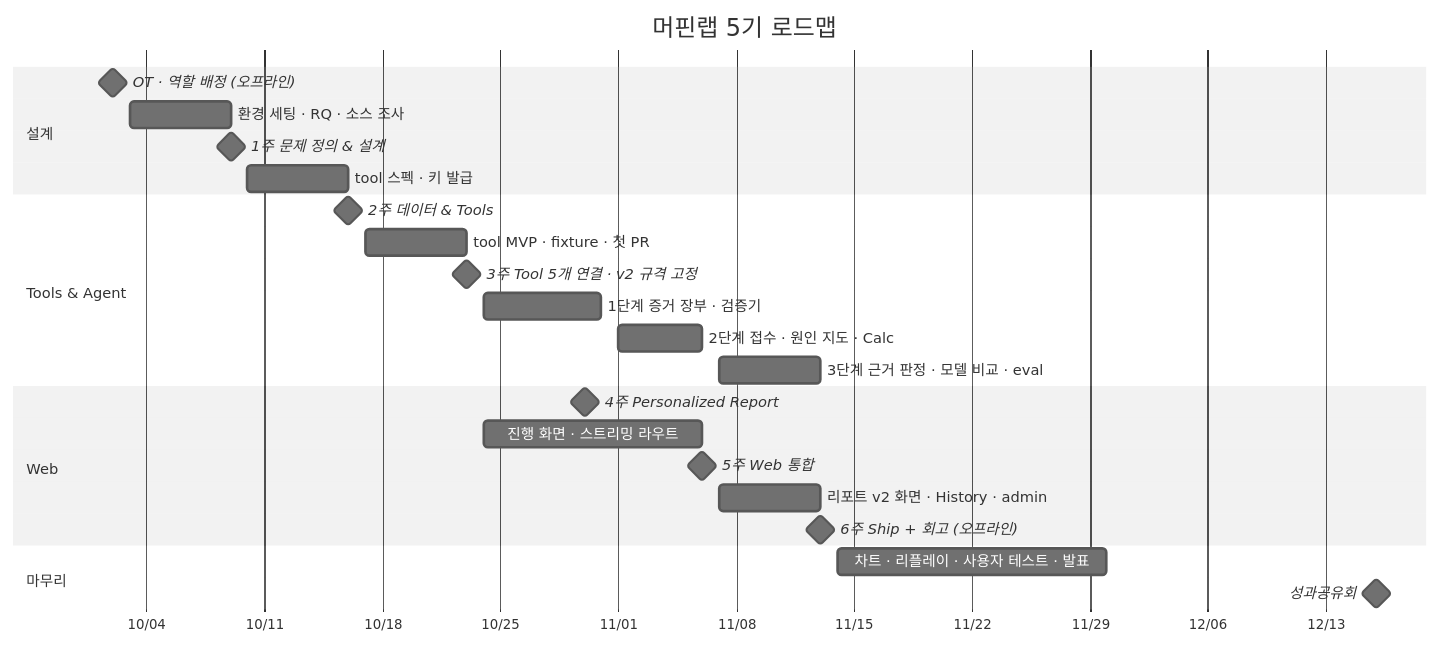
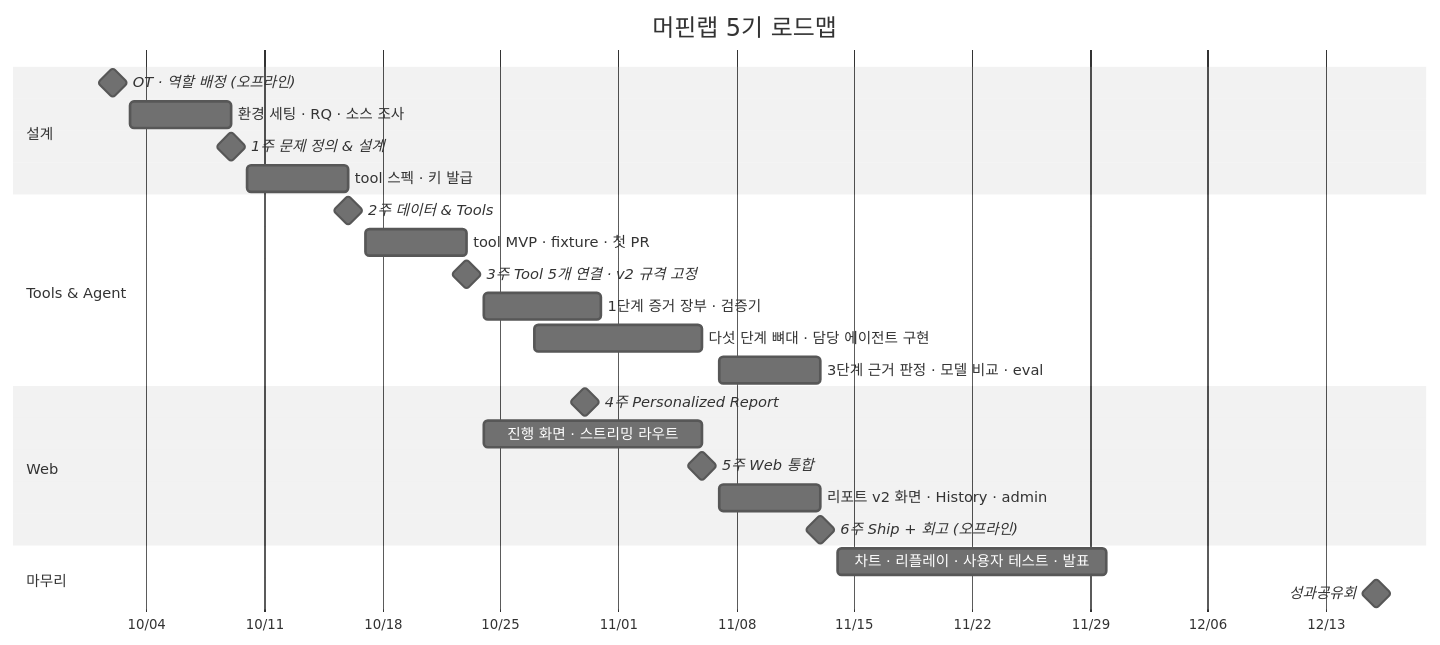
One commit to muffin-lab-it/muffin changed the third of 3 diagrams in README.md. Above: the diagram before and after it, drawn with Mermaid (neutral theme). The commit also changed other lines of this file and 4 other files, not shown here.

````diff
--- a/README.md
+++ b/README.md
@@ -751,31 +784,31 @@
 ```mermaid
 gantt
     title 머핀랩 5기 로드맵
     dateFormat  YYYY-MM-DD
     axisFormat  %m/%d
 
     section 설계
     OT · 역할 배정 (오프라인)        :milestone, ot, 2026-10-02, 0d
     환경 세팅 · RQ · 소스 조사         :a1, 2026-10-03, 2026-10-09
     1주 문제 정의 & 설계              :milestone, w1, 2026-10-09, 0d
     tool 스펙 · 키 발급               :a2, 2026-10-10, 2026-10-16
 
     section Tools & Agent
     2주 데이터 & Tools                :milestone, w2, 2026-10-16, 0d
     tool MVP · fixture · 첫 PR         :b1, 2026-10-17, 2026-10-23
     3주 Tool 5개 연결 · v2 규격 고정    :milestone, w3, 2026-10-23, 0d
     1단계 증거 장부 · 검증기            :b2, 2026-10-24, 2026-10-31
-    2단계 접수 · 원인 지도 · Calc       :b3, 2026-11-01, 2026-11-06
+    다섯 단계 뼈대 · 담당 에이전트 구현   :b3, 2026-10-27, 2026-11-06
     3단계 근거 판정 · 모델 비교 · eval  :b4, 2026-11-07, 2026-11-13
 
     section Web
     4주 Personalized Report           :milestone, w4, 2026-10-30, 0d
     진행 화면 · 스트리밍 라우트          :c1, 2026-10-24, 2026-11-06
     5주 Web 통합                      :milestone, w5, 2026-11-06, 0d
     리포트 v2 화면 · History · admin    :c2, 2026-11-07, 2026-11-13
     6주 Ship + 회고 (오프라인)         :milestone, w6, 2026-11-13, 0d
 
     section 마무리
     차트 · 리플레이 · 사용자 테스트 · 발표 :d1, 2026-11-14, 2026-11-30
     성과공유회                        :milestone, demo, 2026-12-16, 0d
 ```
````
